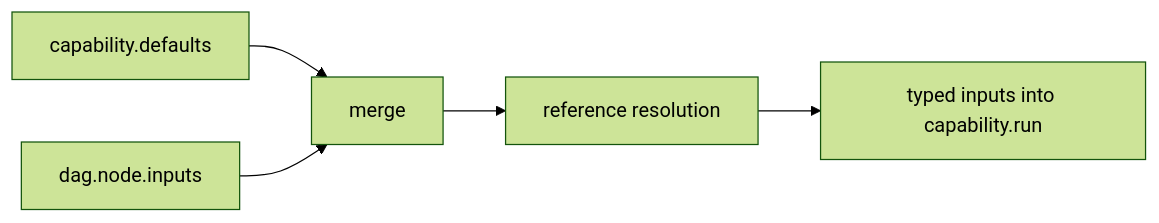
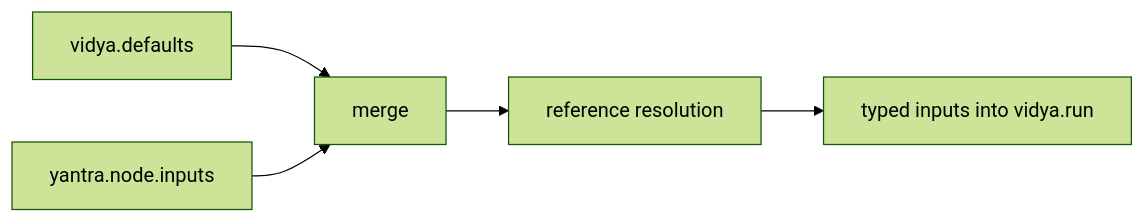
One commit to so-weak/Aakaar changed diagram 12 of 12 in documentation/src/02-LLD.md. Above: the diagram before and after it, drawn with Mermaid (forest theme). The commit also changed other lines of this file and 56 other files, not shown here.

````diff
--- a/documentation/src/02-LLD.md
+++ b/documentation/src/02-LLD.md
@@ -397,7 +392,7 @@
 ```mermaid
 flowchart LR
-  A["capability.defaults"] --> M["merge"]
-  B["dag.node.inputs"] --> M
+  A["vidya.defaults"] --> M["merge"]
+  B["yantra.node.inputs"] --> M
   M --> R["reference resolution"]
-  R --> X["typed inputs into capability.run"]
+  R --> X["typed inputs into vidya.run"]
 ```
````
